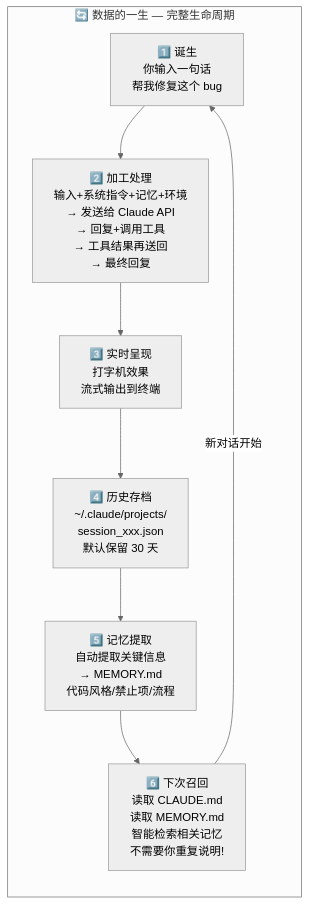
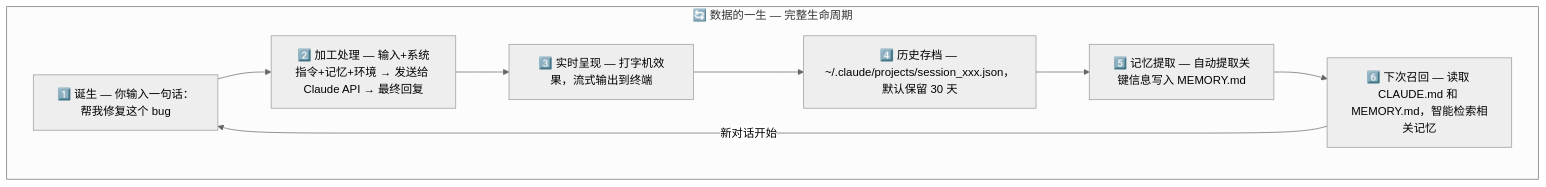
Diagram 16 of 16 in docs/architecture/00-visual-guide.md (WSbaikaishui/claude-code-source-code), drawn with Mermaid (neutral theme) before and after one commit. The commit also changed other lines of this file and 73 other files, not shown here.

First line of the commit message:
Fix all Mermaid diagrams: restore semantics + fix dimensions

````diff
--- a/docs/architecture/00-visual-guide.md
+++ b/docs/architecture/00-visual-guide.md
@@ -424,14 +451,15 @@
 ```mermaid
-graph LR
+graph TD
     subgraph lifecycle["🔄 数据的一生 — 完整生命周期"]
-        A1["1️⃣ 诞生<br>你输入一句话<br>帮我修复这个 bug"]
-        A2["2️⃣ 加工处理<br>输入+系统指令+记忆+环境<br>→ 发送给 Claude API<br>→ 回复+调用工具<br>→ 工具结果再送回<br>→ 最终回复"]
-        A3["3️⃣ 实时呈现<br>打字机效果<br>流式输出到终端"]
-        A4["4️⃣ 历史存档<br>~/.claude/projects/<br>session_xxx.json<br>默认保留 30 天"]
-        A5["5️⃣ 记忆提取<br>自动提取关键信息<br>→ MEMORY.md<br>代码风格/禁止项/流程"]
-        A6["6️⃣ 下次召回<br>读取 CLAUDE.md<br>读取 MEMORY.md<br>智能检索相关记忆<br>不需要你重复说明!"]
+        A1["1️⃣ 诞生 — 你输入一句话：帮我修复这个 bug"]
+        A2["2️⃣ 加工处理 — 输入+系统指令+记忆+环境 → 发送给 Claude API → 最终回复"]
+        A3["3️⃣ 实时呈现 — 打字机效果，流式输出到终端"]
+        A4["4️⃣ 历史存档 — ~/.claude/projects/session_xxx.json，默认保留 30 天"]
+        A5["5️⃣ 记忆提取 — 自动提取关键信息写入 MEMORY.md"]
+        A6["6️⃣ 下次召回 — 读取 CLAUDE.md 和 MEMORY.md，智能检索相关记忆"]
 
-        A1 --> A2 --> A3 --> A4 --> A5 --> A6
+        A1 --> A2 --> A3
+        A3 --> A4 --> A5 --> A6
         A6 -->|新对话开始| A1
     end
 ```
````
